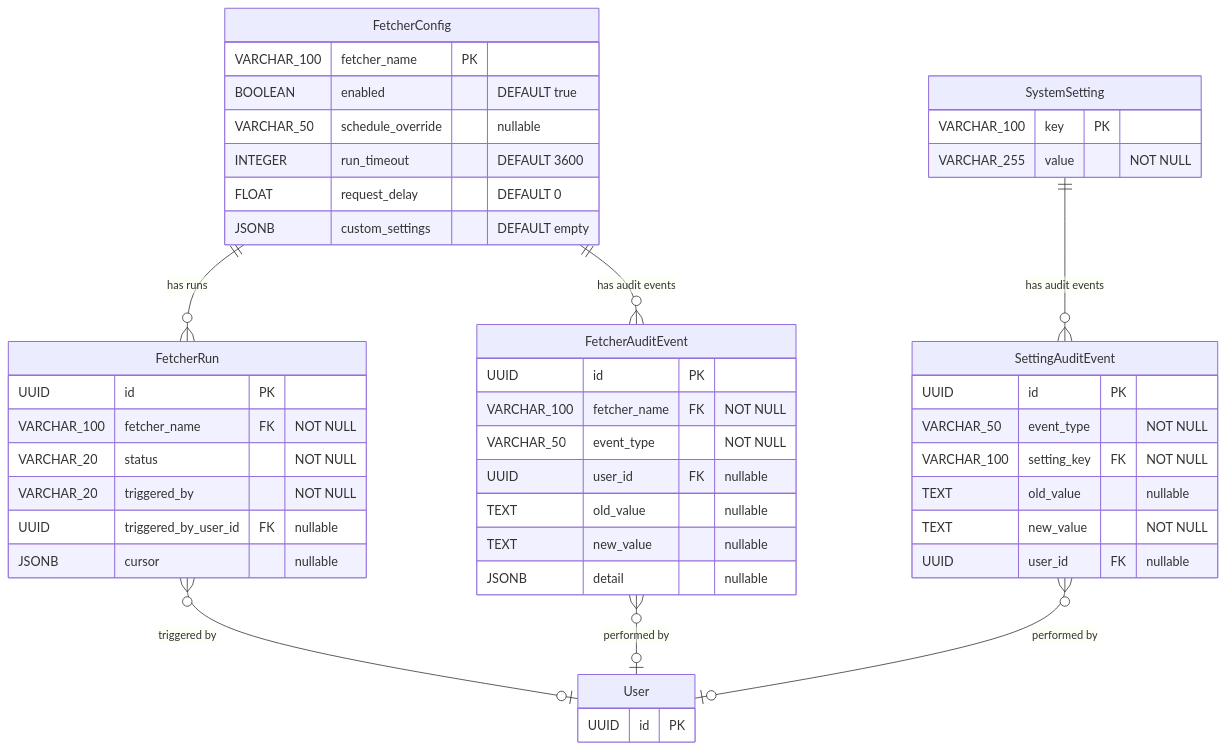
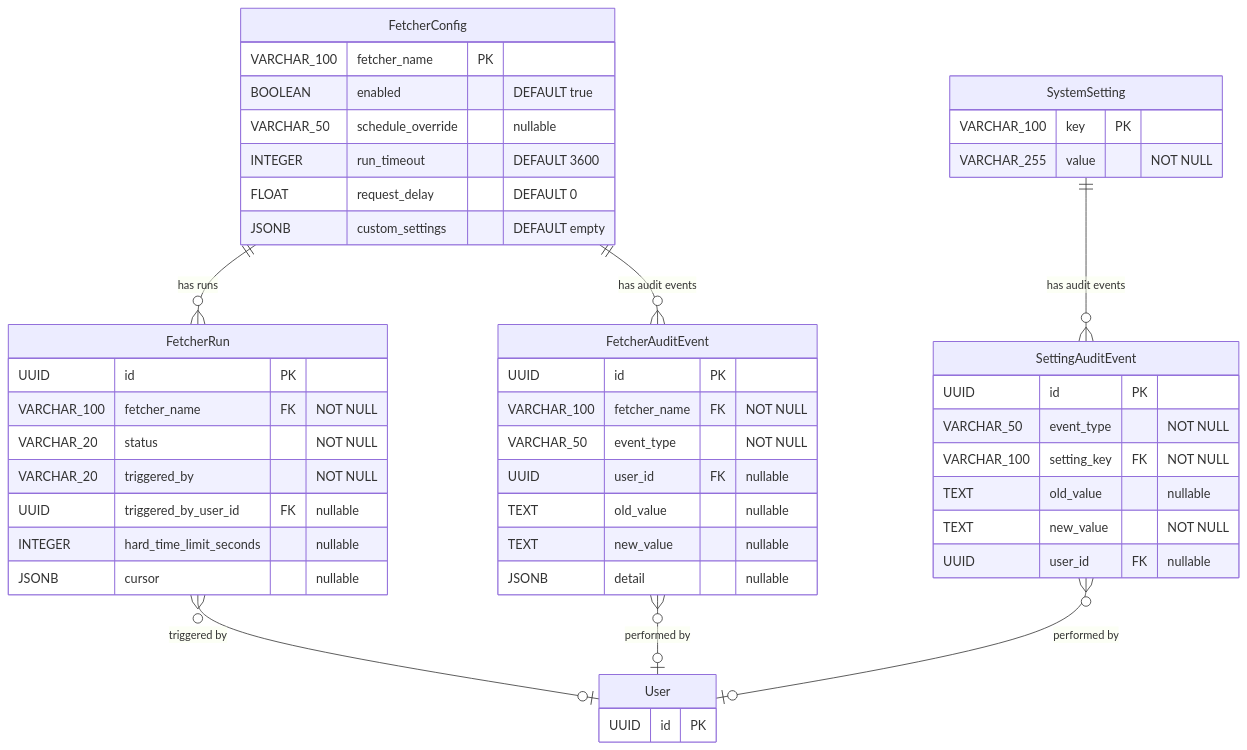
Before and after one commit to StayPirate/STAMP: the fifth of 6 diagrams in docs/data-model.md, drawn with Mermaid. The commit also changed other lines of this file and 13 other files, not shown here.

First line of the commit message:
fix: persist per-run Celery hard time limit for stale detection (#315)

````diff
--- a/docs/data-model.md
+++ b/docs/data-model.md
@@ -338,50 +338,51 @@
 ```mermaid
 erDiagram
     FetcherConfig {
         VARCHAR_100 fetcher_name PK
         BOOLEAN enabled "DEFAULT true"
         VARCHAR_50 schedule_override "nullable"
         INTEGER run_timeout "DEFAULT 3600"
         FLOAT request_delay "DEFAULT 0"
         JSONB custom_settings "DEFAULT empty"
     }
     FetcherRun {
         UUID id PK
         VARCHAR_100 fetcher_name FK "NOT NULL"
         VARCHAR_20 status "NOT NULL"
         VARCHAR_20 triggered_by "NOT NULL"
         UUID triggered_by_user_id FK "nullable"
+        INTEGER hard_time_limit_seconds "nullable"
         JSONB cursor "nullable"
     }
     FetcherAuditEvent {
         UUID id PK
         VARCHAR_100 fetcher_name FK "NOT NULL"
         VARCHAR_50 event_type "NOT NULL"
         UUID user_id FK "nullable"
         TEXT old_value "nullable"
         TEXT new_value "nullable"
         JSONB detail "nullable"
     }
     SystemSetting {
         VARCHAR_100 key PK
         VARCHAR_255 value "NOT NULL"
     }
     SettingAuditEvent {
         UUID id PK
         VARCHAR_50 event_type "NOT NULL"
         VARCHAR_100 setting_key FK "NOT NULL"
         TEXT old_value "nullable"
         TEXT new_value "NOT NULL"
         UUID user_id FK "nullable"
     }
     User {
         UUID id PK
     }
 
     FetcherConfig ||--o{ FetcherRun : "has runs"
     FetcherConfig ||--o{ FetcherAuditEvent : "has audit events"
     FetcherRun }o--o| User : "triggered by"
     FetcherAuditEvent }o--o| User : "performed by"
     SystemSetting ||--o{ SettingAuditEvent : "has audit events"
     SettingAuditEvent }o--o| User : "performed by"
 ```
````
